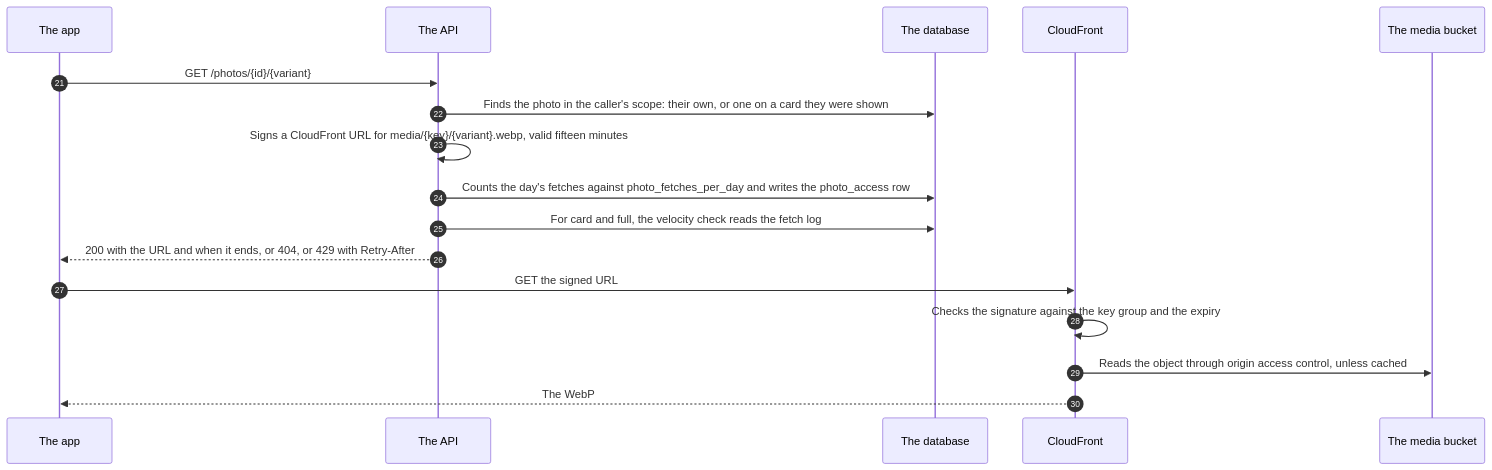
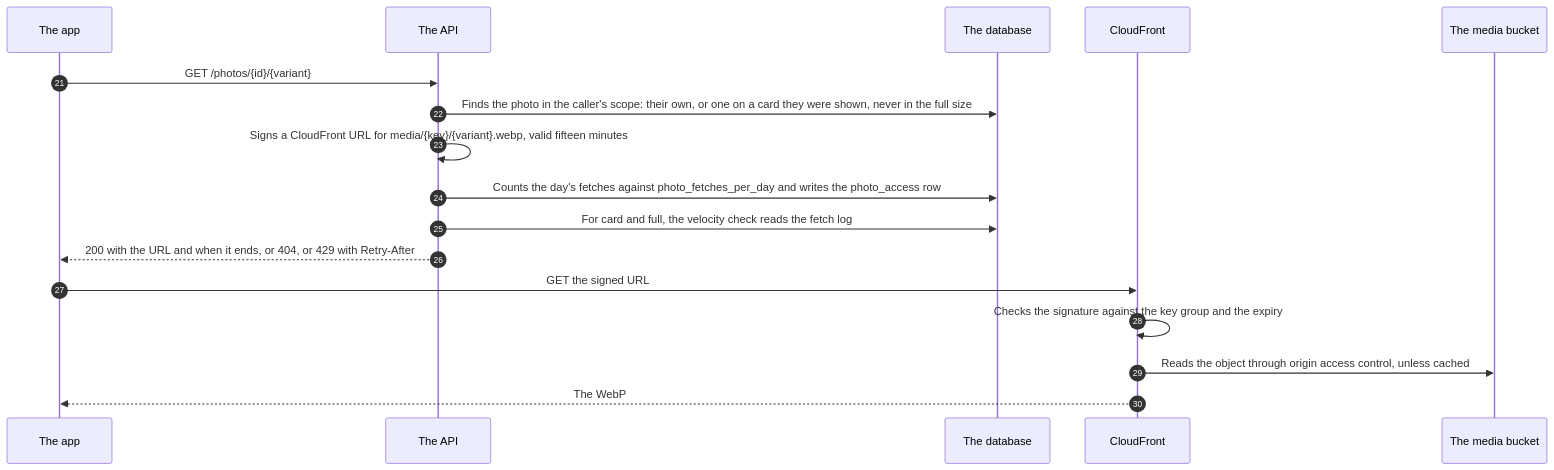
One commit to kuutti-ry/kuutti-app changed the third of 3 diagrams in docs/architecture/sequence-upload.md. Above: the diagram before and after it, drawn with Mermaid. The commit also changed other lines of this file and 24 other files, not shown here.

First line of the commit message:
Refuse others' full-size photos; settle the rest of #86 (ADR-056) (#461)

````diff
--- a/docs/architecture/sequence-upload.md
+++ b/docs/architecture/sequence-upload.md
@@ -105,21 +105,21 @@
 ```mermaid
 sequenceDiagram
   accTitle: The photo upload, part 3: fetching a photo
-  accDescr: The app asks the API for a URL for one variant of one photo. The API serves only a photo in the caller's scope, signs a CloudFront URL for fifteen minutes, counts the day's fetches against the budget and writes the fetch log in one statement, and runs the velocity check for the larger sizes. The app fetches the URL from CloudFront, which checks the signature and reads the private bucket.
+  accDescr: The app asks the API for a URL for one variant of one photo. The API serves only a photo in the caller's scope, another account's never in the full size, signs a CloudFront URL for fifteen minutes, counts the day's fetches against the budget and writes the fetch log in one statement, and runs the velocity check for the larger sizes. The app fetches the URL from CloudFront, which checks the signature and reads the private bucket.
   autonumber 21
   participant app as The app
   participant api as The API
   participant db as The database
   participant cf as CloudFront
   participant s3 as The media bucket
   app->>api: GET /photos/{id}/{variant}
-  api->>db: Finds the photo in the caller's scope: their own, or one on a card they were shown
+  api->>db: Finds the photo in the caller's scope: their own, or one on a card they were shown, never in the full size
   api->>api: Signs a CloudFront URL for media/{key}/{variant}.webp, valid fifteen minutes
   api->>db: Counts the day's fetches against photo_fetches_per_day and writes the photo_access row
   api->>db: For card and full, the velocity check reads the fetch log
   api-->>app: 200 with the URL and when it ends, or 404, or 429 with Retry-After
   app->>cf: GET the signed URL
   cf->>cf: Checks the signature against the key group and the expiry
   cf->>s3: Reads the object through origin access control, unless cached
   cf-->>app: The WebP
 ```
````
